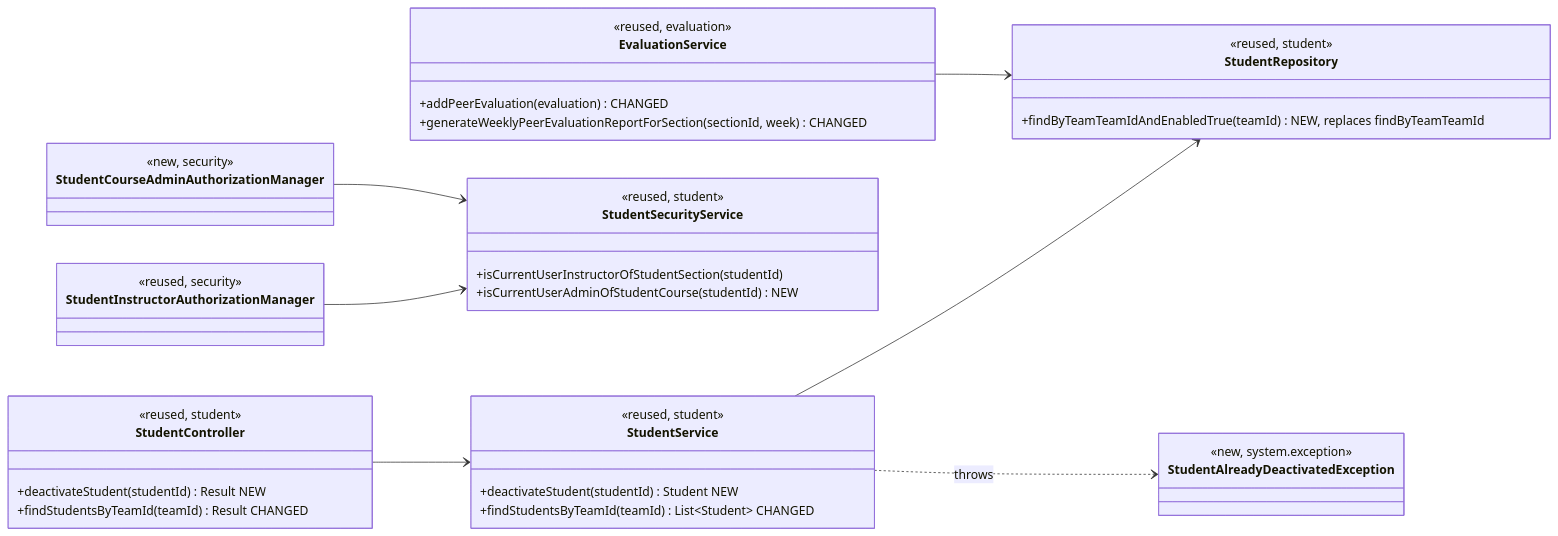
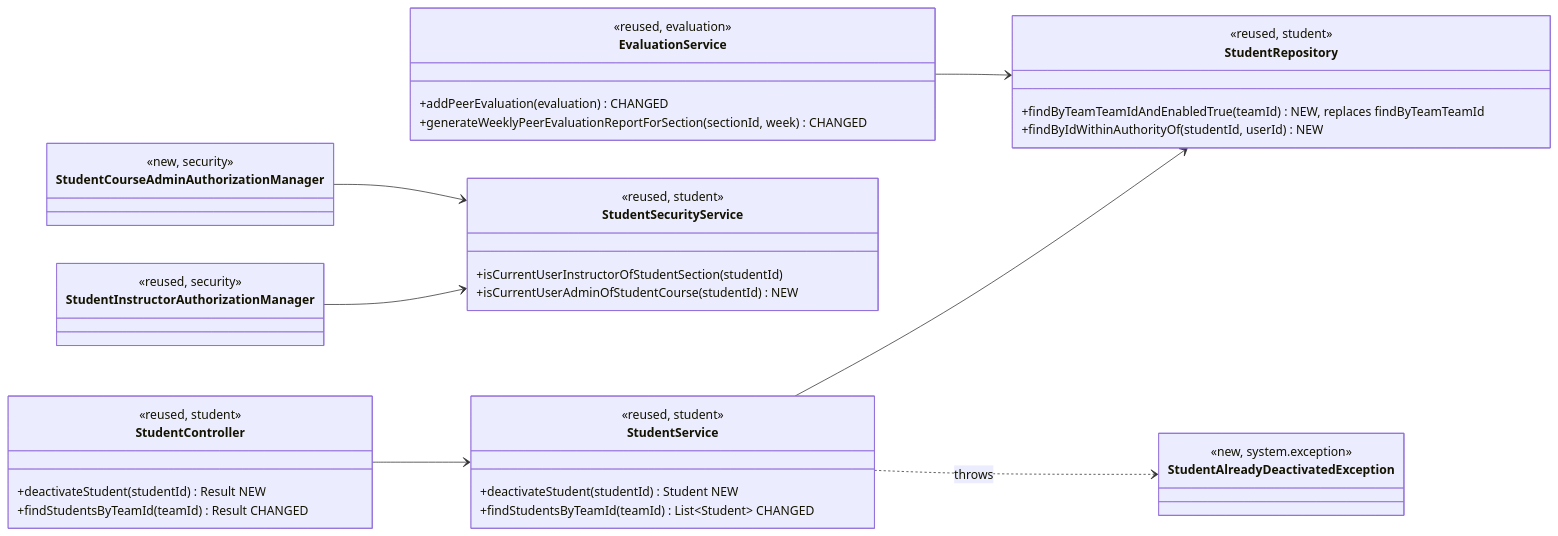
One commit to stijee/add-a-use-case changed the first of 3 diagrams in docs/design/stu.md. Above: the diagram before and after it, drawn with Mermaid. The commit also changed other lines of this file and 4 other files, not shown here.

````diff
--- a/docs/design/stu.md
+++ b/docs/design/stu.md
@@ -16,43 +16,44 @@
 ```mermaid
 classDiagram
     direction LR
     class StudentController {
         <<reused, student>>
         +deactivateStudent(studentId) Result NEW
         +findStudentsByTeamId(teamId) Result CHANGED
     }
     class StudentService {
         <<reused, student>>
         +deactivateStudent(studentId) Student NEW
         +findStudentsByTeamId(teamId) List~Student~ CHANGED
     }
     class StudentRepository {
         <<reused, student>>
         +findByTeamTeamIdAndEnabledTrue(teamId) NEW, replaces findByTeamTeamId
+        +findByIdWithinAuthorityOf(studentId, userId) NEW
     }
     class StudentSecurityService {
         <<reused, student>>
         +isCurrentUserInstructorOfStudentSection(studentId)
         +isCurrentUserAdminOfStudentCourse(studentId) NEW
     }
     class StudentInstructorAuthorizationManager {
         <<reused, security>>
     }
     class StudentCourseAdminAuthorizationManager {
         <<new, security>>
     }
     class StudentAlreadyDeactivatedException {
         <<new, system.exception>>
     }
     class EvaluationService {
         <<reused, evaluation>>
         +addPeerEvaluation(evaluation) CHANGED
         +generateWeeklyPeerEvaluationReportForSection(sectionId, week) CHANGED
     }
     StudentController --> StudentService
     StudentService --> StudentRepository
     StudentService ..> StudentAlreadyDeactivatedException : throws
     StudentInstructorAuthorizationManager --> StudentSecurityService
     StudentCourseAdminAuthorizationManager --> StudentSecurityService
     EvaluationService --> StudentRepository
 ```
````
